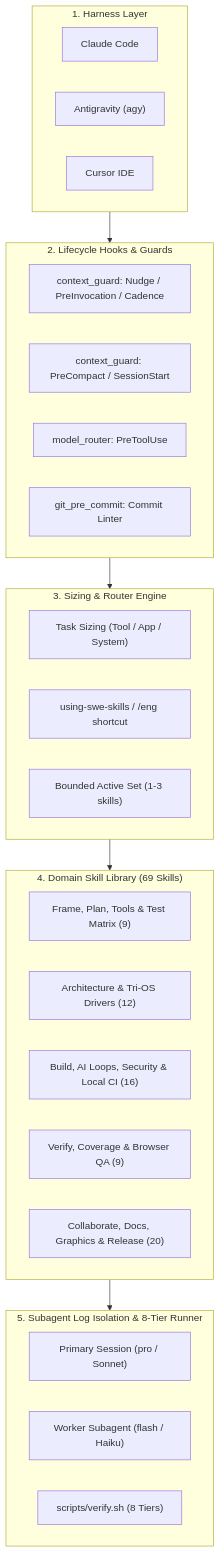
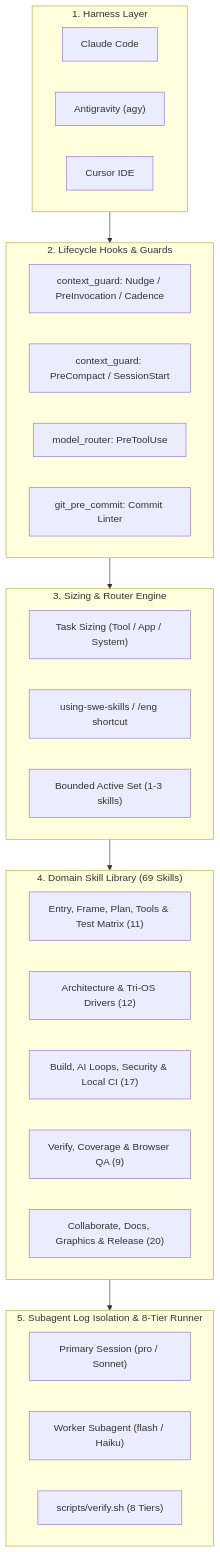
One commit to bsommers/swe-skills-2 changed the diagram in docs/architecture.md. Above: the diagram before and after it, drawn with Mermaid. The commit also changed 4 other files, not shown here.

Commit message:
docs: align architecture group counts to the 69-skill total

````diff
--- a/docs/architecture.md
+++ b/docs/architecture.md
@@ -15,40 +15,40 @@
 ```mermaid
 flowchart TD
     subgraph HarnessLayer["1. Harness Layer"]
         Claude["Claude Code"]
         Agy["Antigravity (agy)"]
         Cursor["Cursor IDE"]
     end
 
     subgraph HookLayer["2. Lifecycle Hooks & Guards"]
         Nudge["context_guard: Nudge / PreInvocation / Cadence"]
         CompGuard["context_guard: PreCompact / SessionStart"]
         RouterGuard["model_router: PreToolUse"]
         GitGuard["git_pre_commit: Commit Linter"]
     end
 
     subgraph RoutingLayer["3. Sizing & Router Engine"]
         Sizer["Task Sizing (Tool / App / System)"]
         Router["using-swe-skills / /eng shortcut"]
         ActiveSet["Bounded Active Set (1-3 skills)"]
     end
 
     subgraph SkillTaxonomy["4. Domain Skill Library (69 Skills)"]
-        FramePlan["Frame, Plan, Tools & Test Matrix (9)"]
+        FramePlan["Entry, Frame, Plan, Tools & Test Matrix (11)"]
         ArchDomain["Architecture & Tri-OS Drivers (12)"]
-        BuildDomain["Build, AI Loops, Security & Local CI (16)"]
+        BuildDomain["Build, AI Loops, Security & Local CI (17)"]
         VerifyDomain["Verify, Coverage & Browser QA (9)"]
         CollabDomain["Collaborate, Docs, Graphics & Release (20)"]
     end
 
     subgraph IsolationLayer["5. Subagent Log Isolation & 8-Tier Runner"]
         Primary["Primary Session (pro / Sonnet)"]
         Worker["Worker Subagent (flash / Haiku)"]
         VerifySh["scripts/verify.sh (8 Tiers)"]
     end
 
     HarnessLayer --> HookLayer
     HookLayer --> RoutingLayer
     RoutingLayer --> SkillTaxonomy
     SkillTaxonomy --> IsolationLayer
 ```
````
